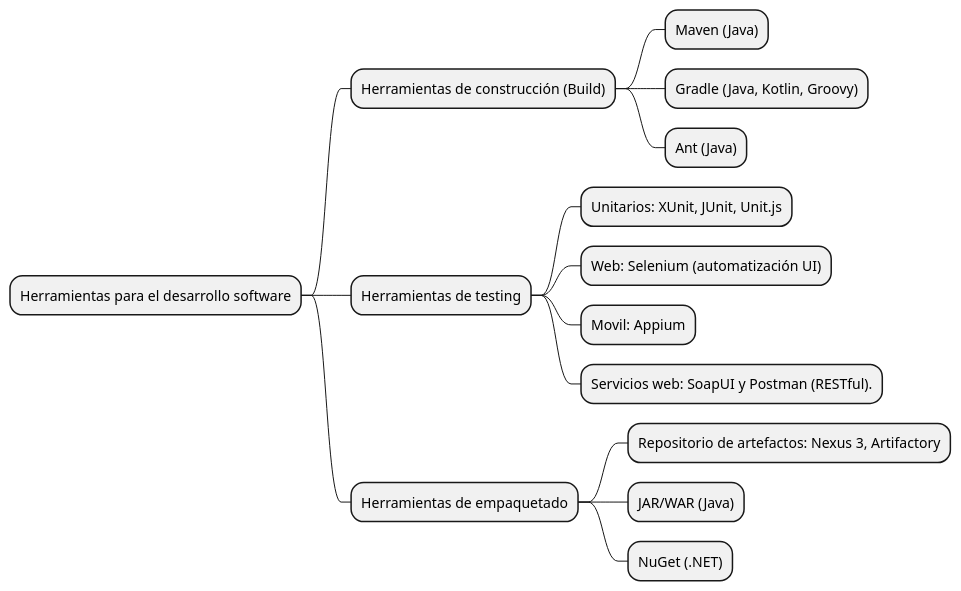
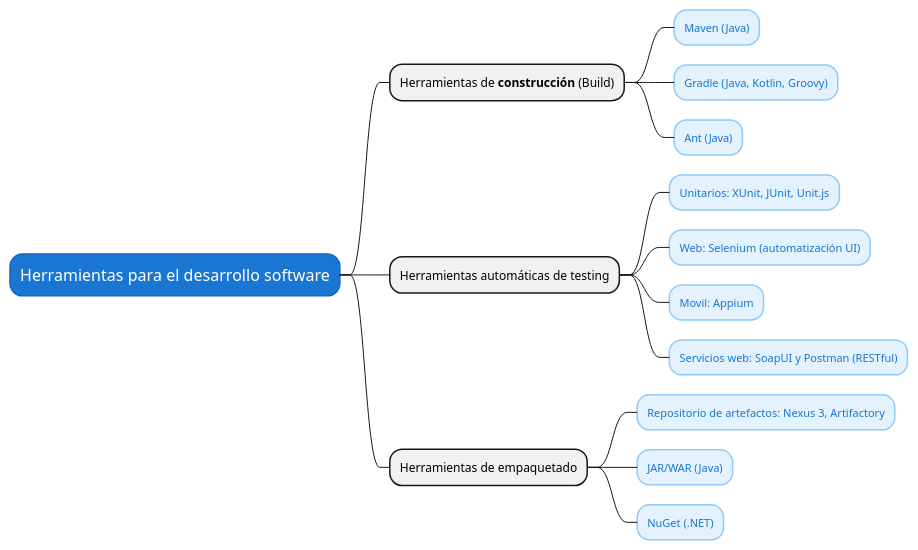
The second of 5 diagrams in 2.Herramientas.puml (luisgomezgithub/CursoGit), drawn with PlantUML before and after one commit. The commit also changed other lines of this file and 13 other files, not shown here.

```diff
--- a/2.Herramientas.puml
+++ b/2.Herramientas.puml
@@ -33,16 +33,36 @@
 @startmindmap
+skinparam defaultFontSize 12
+<style>
+mindmapDiagram {
+  rootNode {
+    BackGroundColor #1976D2
+    FontColor white
+    FontSize 16
+    LineColor #1565C0
+  }
+  leafNode {
+    BackGroundColor #E3F2FD
+    FontColor #1976D2
+    FontSize 11
+    LineColor #90CAF9
+  }
+}
+</style>
+
+left to right direction
+
 * Herramientas para el desarrollo software
-** Herramientas de construcción (Build)
+** Herramientas de **construcción** (Build)
 *** Maven (Java)
 *** Gradle (Java, Kotlin, Groovy)
 *** Ant (Java)
-** Herramientas de testing
+** Herramientas automáticas de testing
 *** Unitarios: XUnit, JUnit, Unit.js
 *** Web: Selenium (automatización UI)
 *** Movil: Appium
-*** Servicios web: SoapUI y Postman (RESTful).
+*** Servicios web: SoapUI y Postman (RESTful)
 ** Herramientas de empaquetado
 *** Repositorio de artefactos: Nexus 3, Artifactory
 *** JAR/WAR (Java)
 *** NuGet (.NET)
 @endmindmap
```
